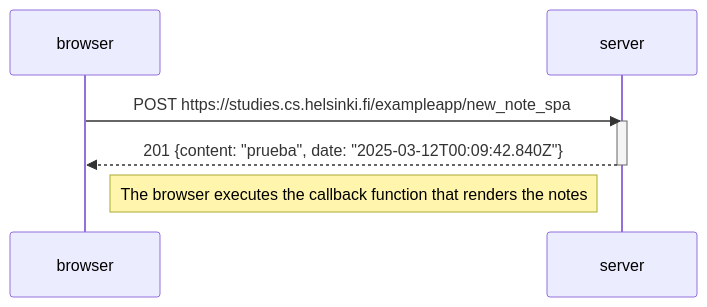
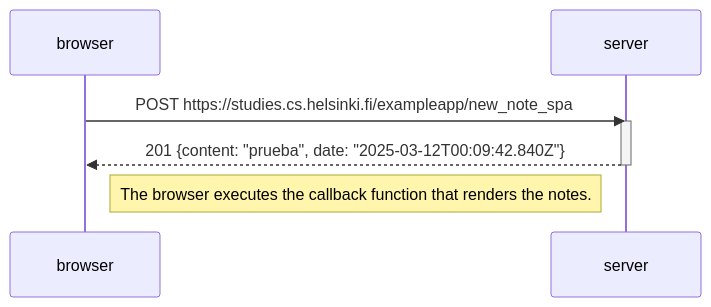
One commit to Racorral/curso-fullstack-react changed the diagram in part0/0.6/mermaid-diagram-2025-03-12-001218.mmd. Above: the diagram before and after it, drawn with Mermaid. The commit also changed 1 other file, not shown here.

```diff
--- a/part0/0.6/mermaid-diagram-2025-03-12-001218.mmd
+++ b/part0/0.6/mermaid-diagram-2025-03-12-001218.mmd
@@ -1,10 +1,10 @@
 sequenceDiagram
     participant browser
     participant server
 
     browser->>server: POST https://studies.cs.helsinki.fi/exampleapp/new_note_spa
     activate server
     server-->>browser: 201 {content: "prueba", date: "2025-03-12T00:09:42.840Z"}
     deactivate server
 
-    Note right of browser: The browser executes the callback function that renders the notes
+    Note right of browser: The browser executes the callback function that renders the notes.
```
